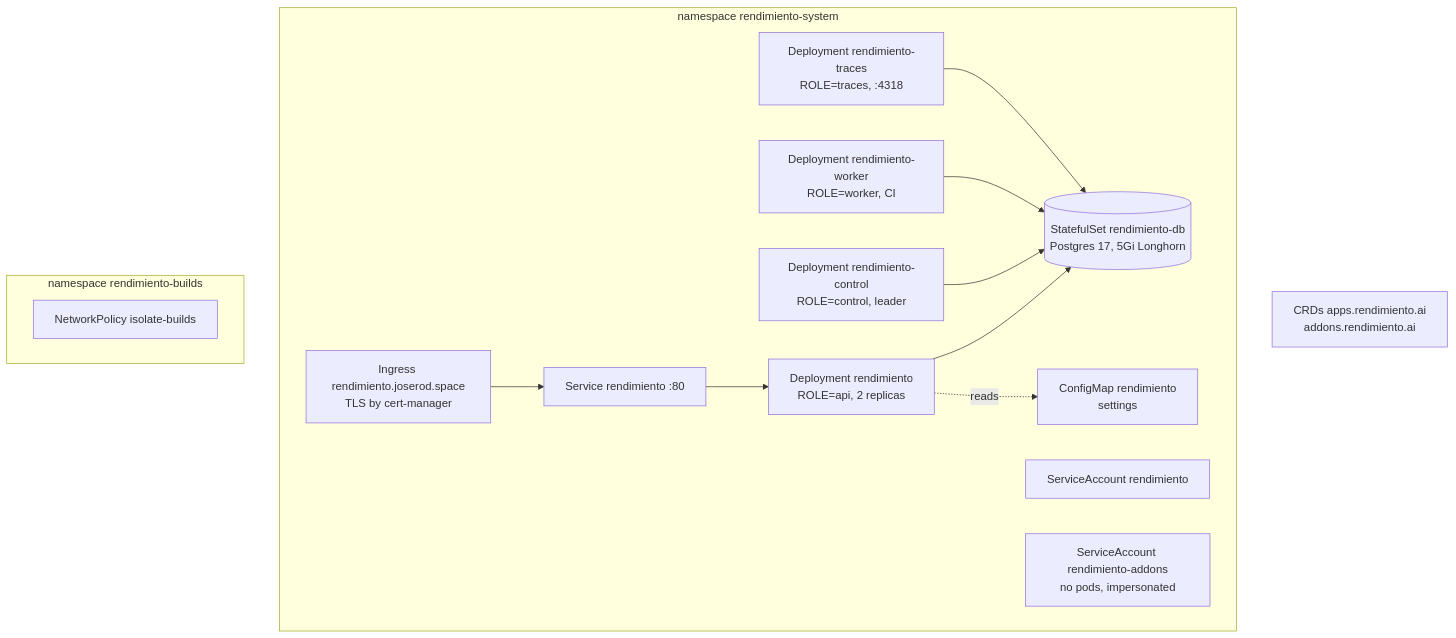
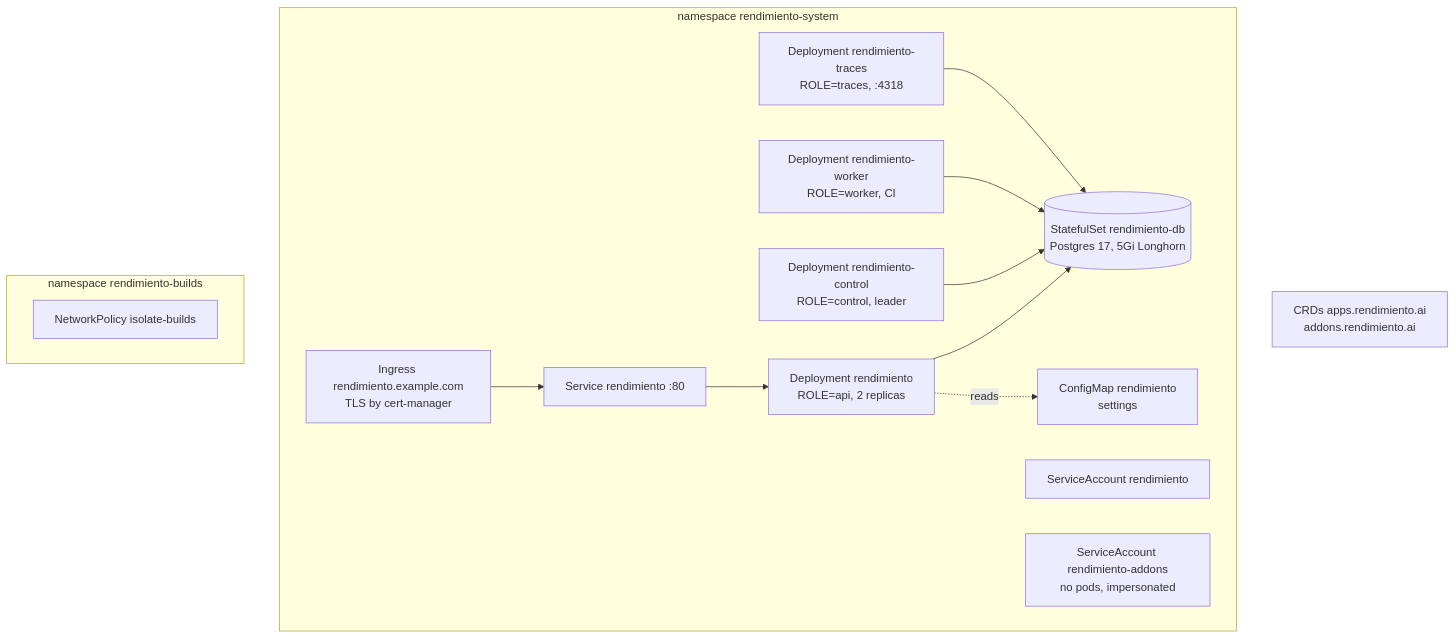
Before and after one commit to p0dxD/rendimiento.ai: the first of 2 diagrams in docs/content/environment/deploy.md, drawn with Mermaid. The commit also changed 35 other files, not shown here.

````diff
--- a/docs/content/environment/deploy.md
+++ b/docs/content/environment/deploy.md
@@ -37,24 +37,24 @@
 ```mermaid
 flowchart TB
     subgraph rs[namespace rendimiento-system]
         dep[Deployment rendimiento<br/>ROLE=api, 2 replicas]
         ctl[Deployment rendimiento-control<br/>ROLE=control, leader]
         wrk[Deployment rendimiento-worker<br/>ROLE=worker, CI]
         trc[Deployment rendimiento-traces<br/>ROLE=traces, :4318]
         svc[Service rendimiento :80]
-        ing[Ingress rendimiento.joserod.space<br/>TLS by cert-manager]
+        ing[Ingress rendimiento.example.com<br/>TLS by cert-manager]
         db[(StatefulSet rendimiento-db<br/>Postgres 17, 5Gi Longhorn)]
         cm[ConfigMap rendimiento<br/>settings]
         sa[ServiceAccount rendimiento]
         sa2[ServiceAccount rendimiento-addons<br/>no pods, impersonated]
     end
     subgraph rb[namespace rendimiento-builds]
         np[NetworkPolicy isolate-builds]
     end
     crds[CRDs apps.rendimiento.ai<br/>addons.rendimiento.ai]
     ing --> svc --> dep --> db
     ctl --> db
     wrk --> db
     trc --> db
     dep -. reads .-> cm
 ```
````
